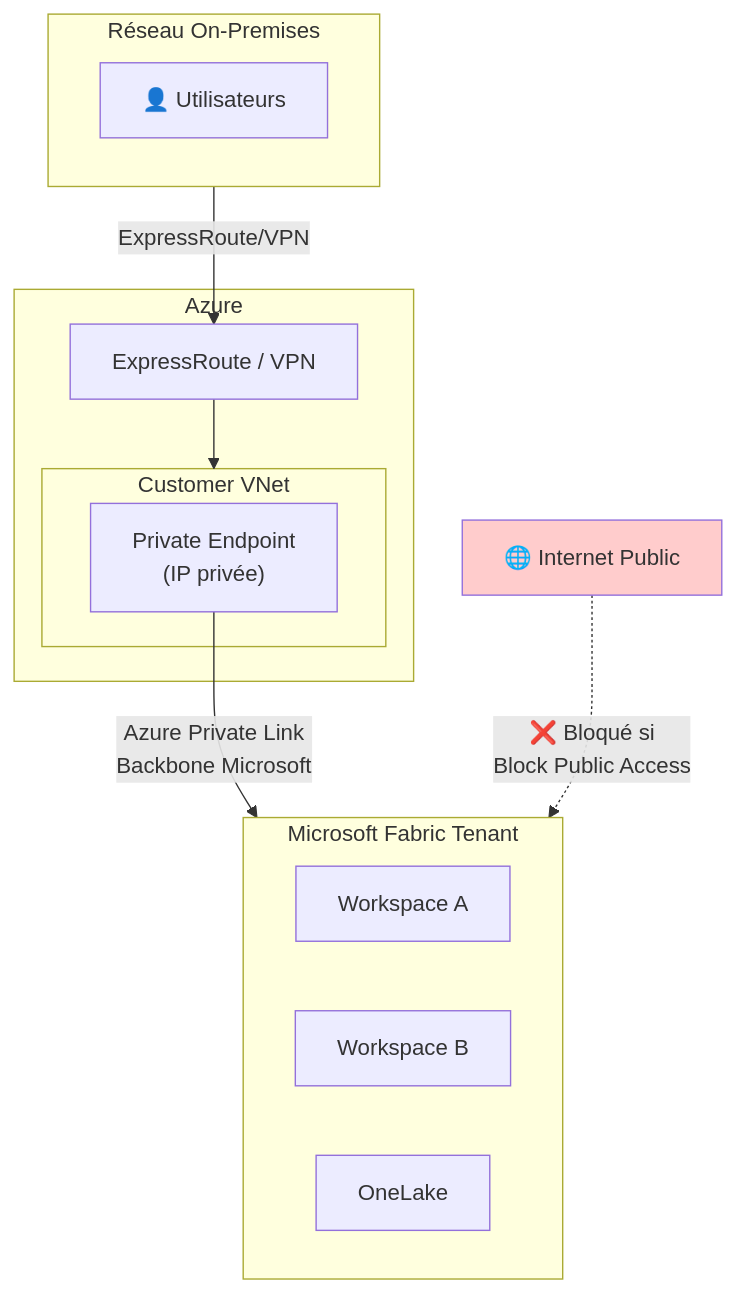
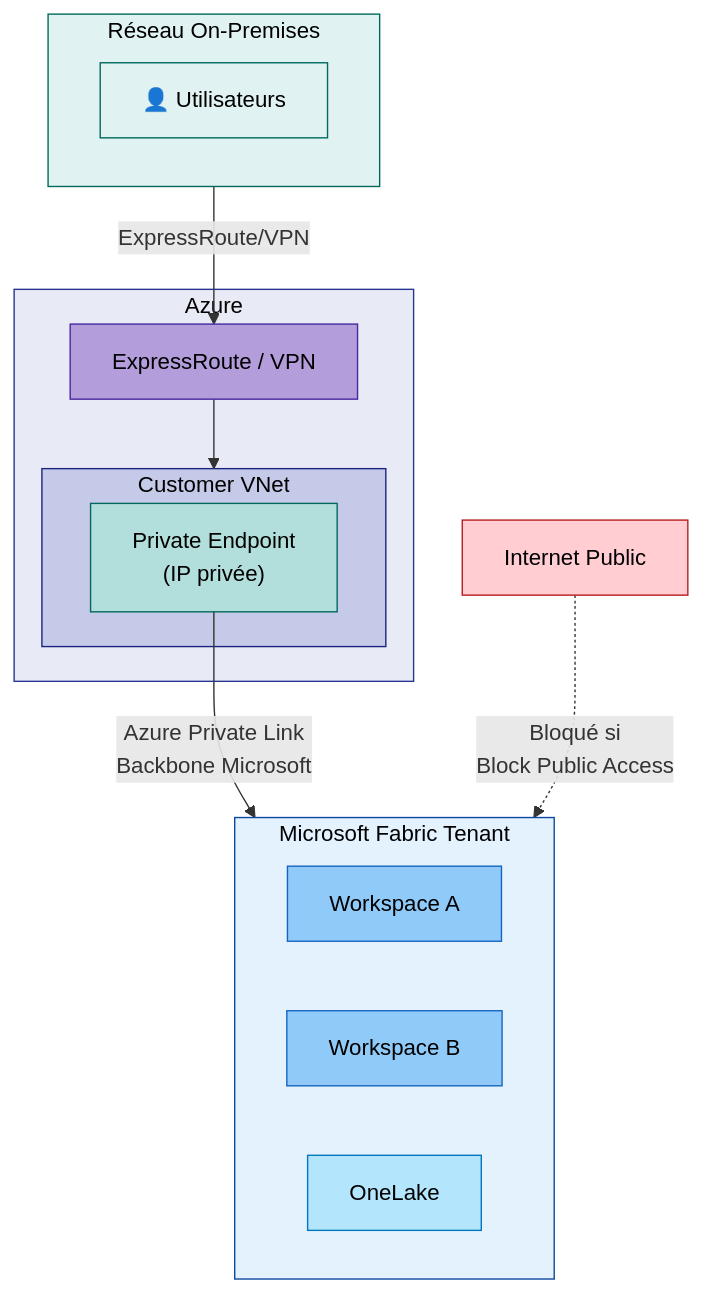
One commit to fredgis/fabric-foundry-kb changed the fourth of 12 diagrams in Fabric_Network_Security.md. Above: the diagram before and after it, drawn with Mermaid. The commit also changed other lines of this file and 1 other file, not shown here.

First line of the commit message:
Add colors to all 12 Mermaid diagrams in Fabric Network Security

````diff
--- a/Fabric_Network_Security.md
+++ b/Fabric_Network_Security.md
@@ -164,27 +203,37 @@
 ```mermaid
 flowchart TB
     subgraph OnPrem["Réseau On-Premises"]
         UserOP["👤 Utilisateurs"]
     end
 
     subgraph Azure["Azure"]
         subgraph VNet["Customer VNet"]
             PE["Private Endpoint\n(IP privée)"]
         end
         ER["ExpressRoute / VPN"]
     end
 
     subgraph Fabric["Microsoft Fabric Tenant"]
         WS1["Workspace A"]
         WS2["Workspace B"]
         OL["OneLake"]
     end
 
-    Internet["🌐 Internet Public"]
+    Internet["Internet Public"]
 
     OnPrem -->|ExpressRoute/VPN| ER --> VNet
     PE -->|Azure Private Link\nBackbone Microsoft| Fabric
-    Internet -.->|❌ Bloqué si\nBlock Public Access| Fabric
+    Internet -.->|Bloqué si\nBlock Public Access| Fabric
 
-    style Internet fill:#ffcccc
+    style OnPrem fill:#e0f2f1,stroke:#00695c,color:#000
+    style Azure fill:#e8eaf6,stroke:#283593,color:#000
+    style VNet fill:#c5cae9,stroke:#1a237e,color:#000
+    style Fabric fill:#e3f2fd,stroke:#0d47a1,color:#000
+    style Internet fill:#ffcdd2,stroke:#b71c1c,color:#000
+    style PE fill:#b2dfdb,stroke:#00695c,color:#000
+    style ER fill:#b39ddb,stroke:#4527a0,color:#000
+    style WS1 fill:#90caf9,stroke:#1565c0,color:#000
+    style WS2 fill:#90caf9,stroke:#1565c0,color:#000
+    style OL fill:#b3e5fc,stroke:#0277bd,color:#000
+    style UserOP fill:#e0f2f1,stroke:#00695c,color:#000
 ```
````
